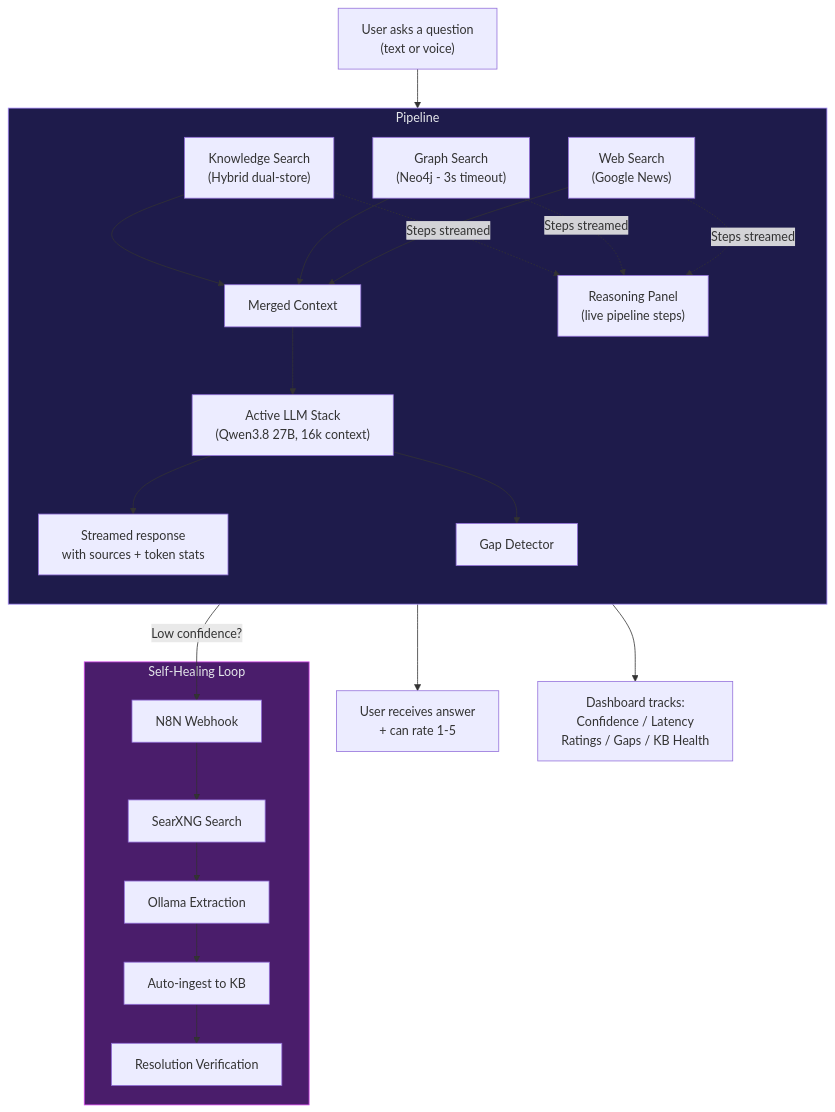
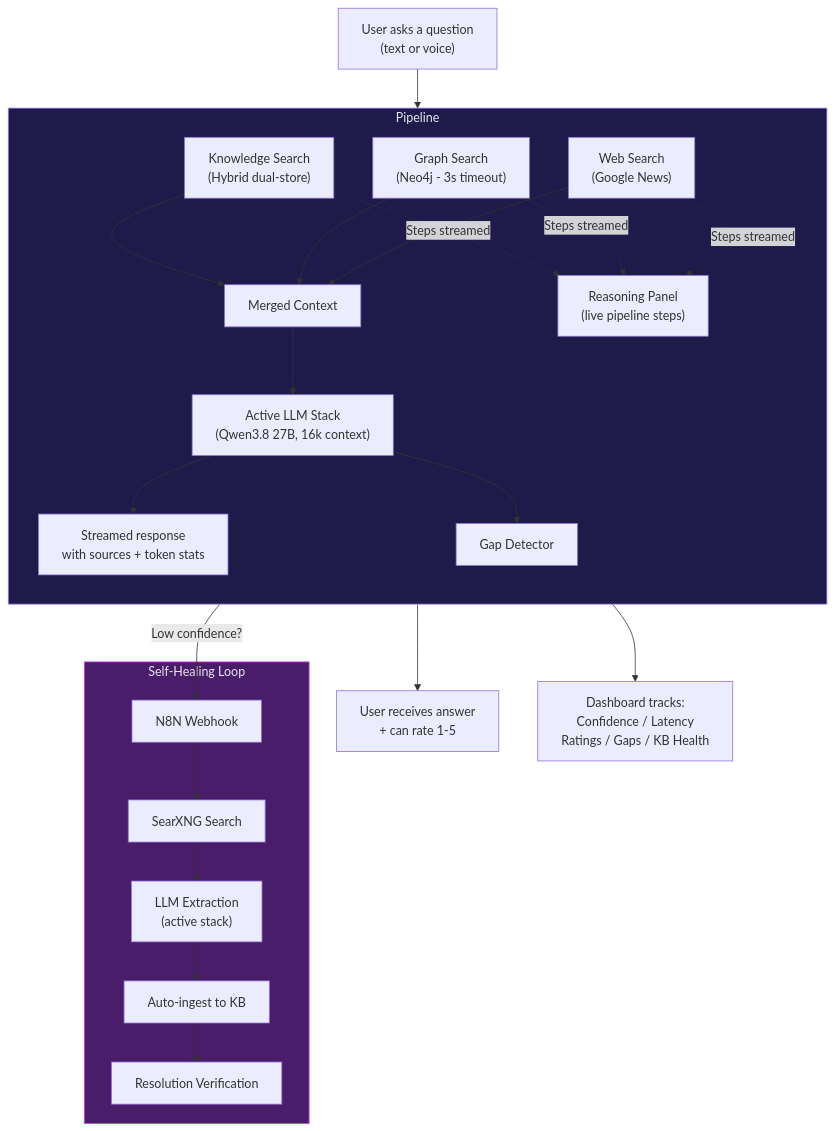
The first of 9 diagrams in README.md (sebdallais-git/PharmaCyberLLM), drawn with Mermaid before and after one commit. The commit also changed other lines of this file, not shown here.

First line of the commit message:
docs: update README project structure and N8N stack usage

````diff
--- a/README.md
+++ b/README.md
@@ -178,32 +178,32 @@
 ```mermaid
 flowchart TD
     Q["User asks a question\n(text or voice)"] --> P["PharmaCyberLLM Pipeline"]
 
     subgraph P["Pipeline"]
         direction TB
         KS["Knowledge Search\n(Hybrid dual-store)"] --> MC["Merged Context"]
         GS["Graph Search\n(Neo4j - 3s timeout)"] --> MC
         WS["Web Search\n(Google News)"] --> MC
         KS -.->|Steps streamed| REASON["Reasoning Panel\n(live pipeline steps)"]
         GS -.->|Steps streamed| REASON
         WS -.->|Steps streamed| REASON
         MC --> LLM["Active LLM Stack\n(Qwen3.8 27B, 16k context)"]
         LLM --> RESP["Streamed response\nwith sources + token stats"]
         LLM --> GD["Gap Detector"]
     end
 
     GD -->|Low confidence?| N8N["N8N Webhook"]
 
     subgraph HEAL["Self-Healing Loop"]
         N8N --> SEARX["SearXNG Search"]
-        SEARX --> EXTRACT["Ollama Extraction"]
+        SEARX --> EXTRACT["LLM Extraction\n(active stack)"]
         EXTRACT --> INGEST["Auto-ingest to KB"]
         INGEST --> VERIFY["Resolution Verification"]
     end
 
     RESP --> USER["User receives answer\n+ can rate 1-5"]
     RESP --> DASH["Dashboard tracks:\nConfidence / Latency\nRatings / Gaps / KB Health"]
 
     style P fill:#1e1b4b,stroke:#a78bfa,color:#e5e7eb
     style HEAL fill:#4a1d6b,stroke:#d946ef,color:#e5e7eb
 ```
````
